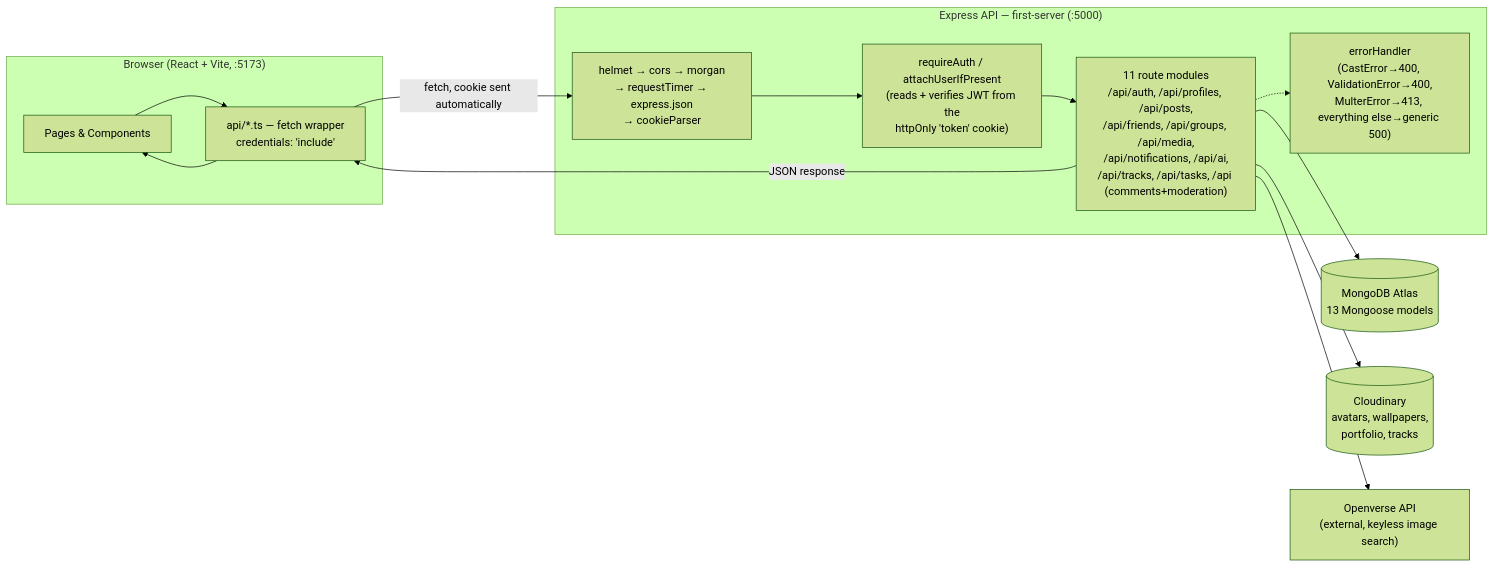
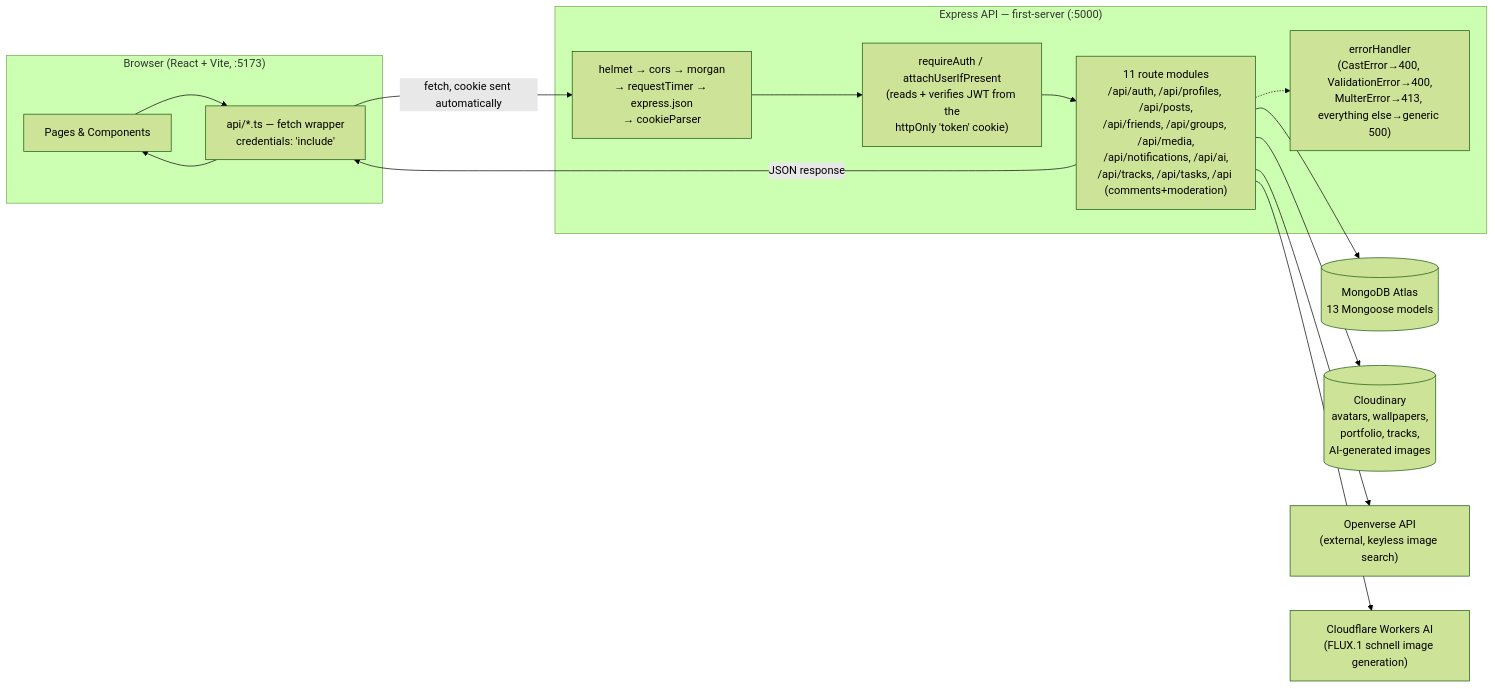
Before and after one commit to OttoNyne/CreativesSelect: the diagram in docs/ARCHITECTURE.md, drawn with Mermaid (forest theme). The commit also changed other lines of this file and 2 other files, not shown here.

First line of the commit message:
Update docs: real AI images, logout fix, and the Vercel deploy incident

````diff
--- a/docs/ARCHITECTURE.md
+++ b/docs/ARCHITECTURE.md
@@ -39,28 +39,30 @@
 ```mermaid
 flowchart LR
     subgraph Browser["Browser (React + Vite, :5173)"]
         UI["Pages & Components"]
         APIClient["api/*.ts — fetch wrapper\ncredentials: 'include'"]
     end
 
     subgraph Server["Express API — first-server (:5000)"]
         MW["helmet → cors → morgan\n→ requestTimer → express.json\n→ cookieParser"]
         Routes["11 route modules\n/api/auth, /api/profiles, /api/posts,\n/api/friends, /api/groups, /api/media,\n/api/notifications, /api/ai,\n/api/tracks, /api/tasks, /api (comments+moderation)"]
         Auth["requireAuth / attachUserIfPresent\n(reads + verifies JWT from the\nhttpOnly 'token' cookie)"]
         ErrH["errorHandler\n(CastError→400, ValidationError→400,\nMulterError→413, everything else→generic 500)"]
     end
 
     DB[("MongoDB Atlas\n13 Mongoose models")]
-    Cloudinary[("Cloudinary\navatars, wallpapers,\nportfolio, tracks")]
+    Cloudinary[("Cloudinary\navatars, wallpapers,\nportfolio, tracks,\nAI-generated images")]
     Openverse["Openverse API\n(external, keyless image search)"]
+    CFAI["Cloudflare Workers AI\n(FLUX.1 schnell image generation)"]
 
     UI --> APIClient
     APIClient -- "fetch, cookie sent automatically" --> MW
     MW --> Auth --> Routes
     Routes --> DB
     Routes --> Cloudinary
     Routes --> Openverse
+    Routes --> CFAI
     Routes -.-> ErrH
     Routes -- "JSON response" --> APIClient
     APIClient --> UI
 ```
````
